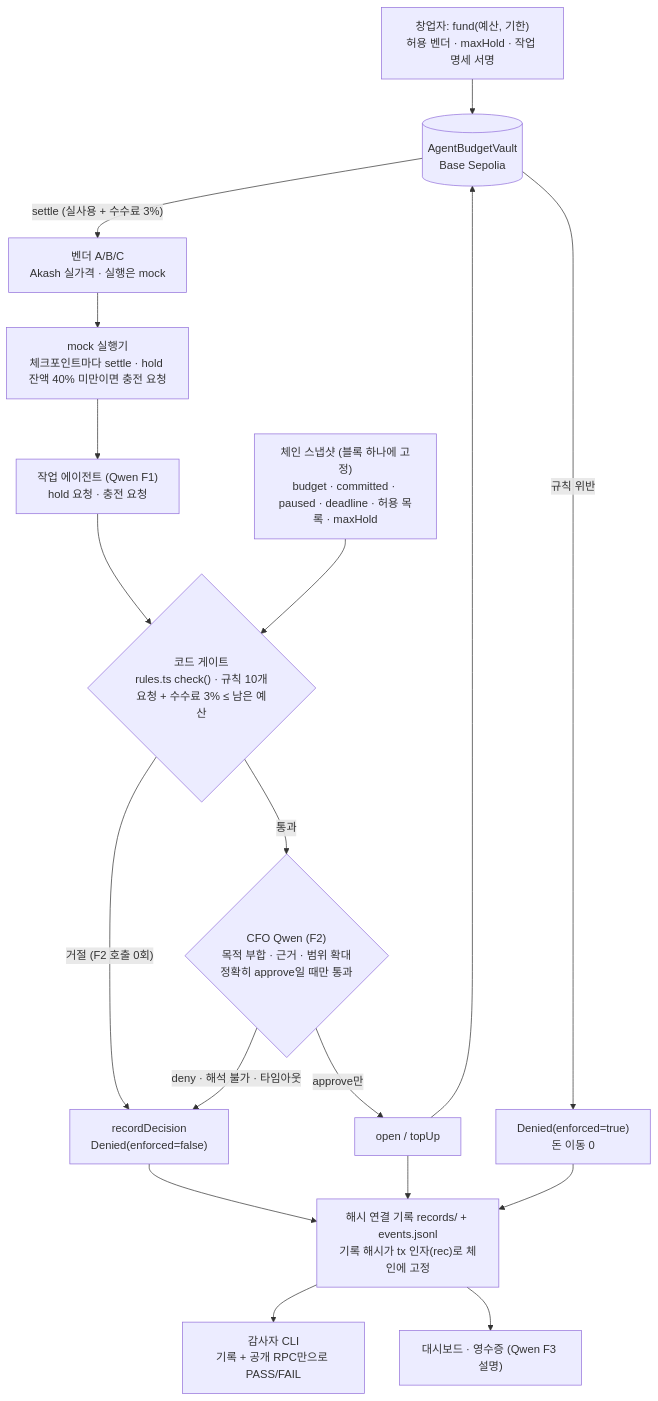
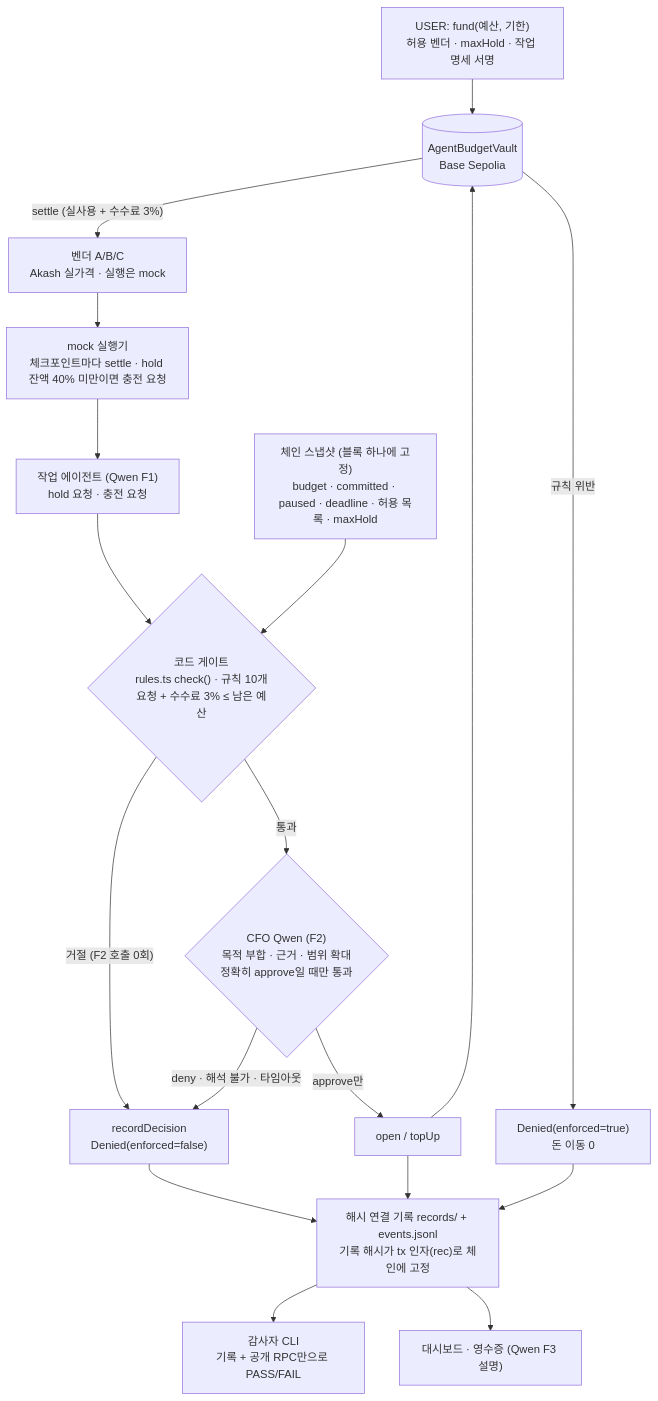
One commit to Rehgud/GWDC2026 changed the diagram in README.md. Above: the diagram before and after it, drawn with Mermaid. The commit also changed other lines of this file and 13 other files, not shown here.

````diff
--- a/README.md
+++ b/README.md
@@ -126,20 +198,20 @@
 ```mermaid
 graph TD
-    F["창업자: fund(예산, 기한)<br/>허용 벤더 · maxHold · 작업 명세 서명"] --> V[("AgentBudgetVault<br/>Base Sepolia")]
+    F["USER: fund(예산, 기한)<br/>허용 벤더 · maxHold · 작업 명세 서명"] --> V[("AgentBudgetVault<br/>Base Sepolia")]
     W["작업 에이전트 (Qwen F1)<br/>hold 요청 · 충전 요청"] --> G{"코드 게이트<br/>rules.ts check() · 규칙 10개<br/>요청 + 수수료 3% ≤ 남은 예산"}
     S["체인 스냅샷 (블록 하나에 고정)<br/>budget · committed · paused · deadline · 허용 목록 · maxHold"] --> G
     G -->|"통과"| C{"CFO Qwen (F2)<br/>목적 부합 · 근거 · 범위 확대<br/>정확히 approve일 때만 통과"}
     G -->|"거절 (F2 호출 0회)"| D["recordDecision<br/>Denied(enforced=false)"]
     C -->|"approve만"| T["open / topUp"]
     C -->|"deny · 해석 불가 · 타임아웃"| D
     T --> V
     V -->|"규칙 위반"| DC["Denied(enforced=true)<br/>돈 이동 0"]
     V -->|"settle (실사용 + 수수료 3%)"| P["벤더 A/B/C<br/>Akash 실가격 · 실행은 mock"]
     X["mock 실행기<br/>체크포인트마다 settle · hold 잔액 40% 미만이면 충전 요청"] --> W
     P --> X
     D --> L["해시 연결 기록 records/ + events.jsonl<br/>기록 해시가 tx 인자(rec)로 체인에 고정"]
     T --> L
     DC --> L
     L --> A["감사자 CLI<br/>기록 + 공개 RPC만으로 PASS/FAIL"]
     L --> UI["대시보드 · 영수증 (Qwen F3 설명)"]
 ```
````
